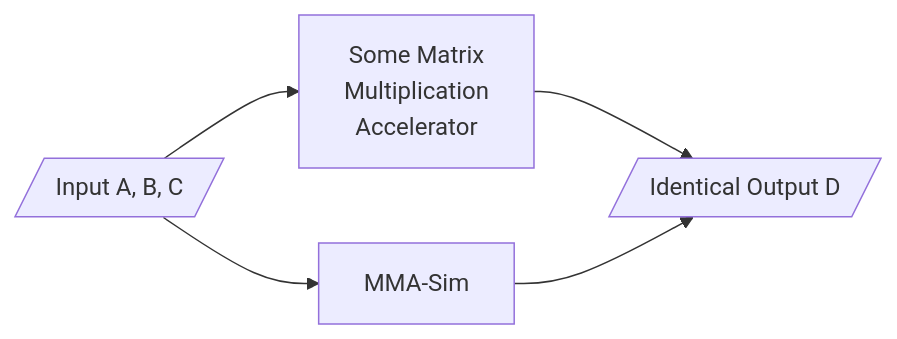
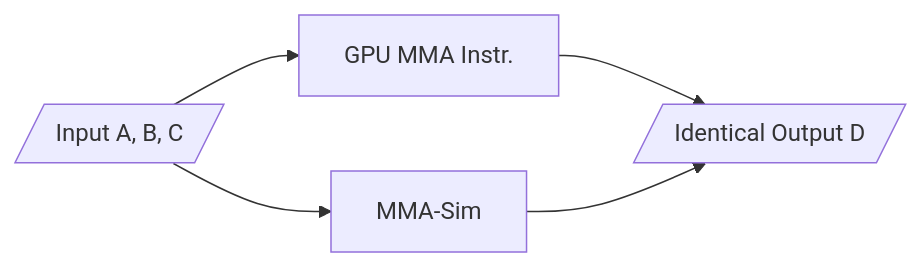
Before and after one commit to microsoft/MMA-Sim: the diagram in README.md, drawn with Mermaid. The commit also changed other lines of this file and 2 other files, not shown here.

````diff
--- a/README.md
+++ b/README.md
@@ -5,13 +5,11 @@
 ```mermaid
-flowchart  LR;
-    A[/Input A, B, C/]
-    B[Some Matrix 
-    Multiplication
-    Accelerator]
-    C[MMA-Sim]
-    D[/Identical Output D/]
-    A-->B;
-    A-->C;
-    B-->D;
-    C-->D;
+flowchart LR;
+    In[/Input A, B, C/]
+    GPU[GPU MMA Instr.]
+    Sim[MMA-Sim]
+    Out[/Identical Output D/]
+    In-->GPU;
+    In-->Sim;
+    GPU-->Out;
+    Sim-->Out;
 ```
````
